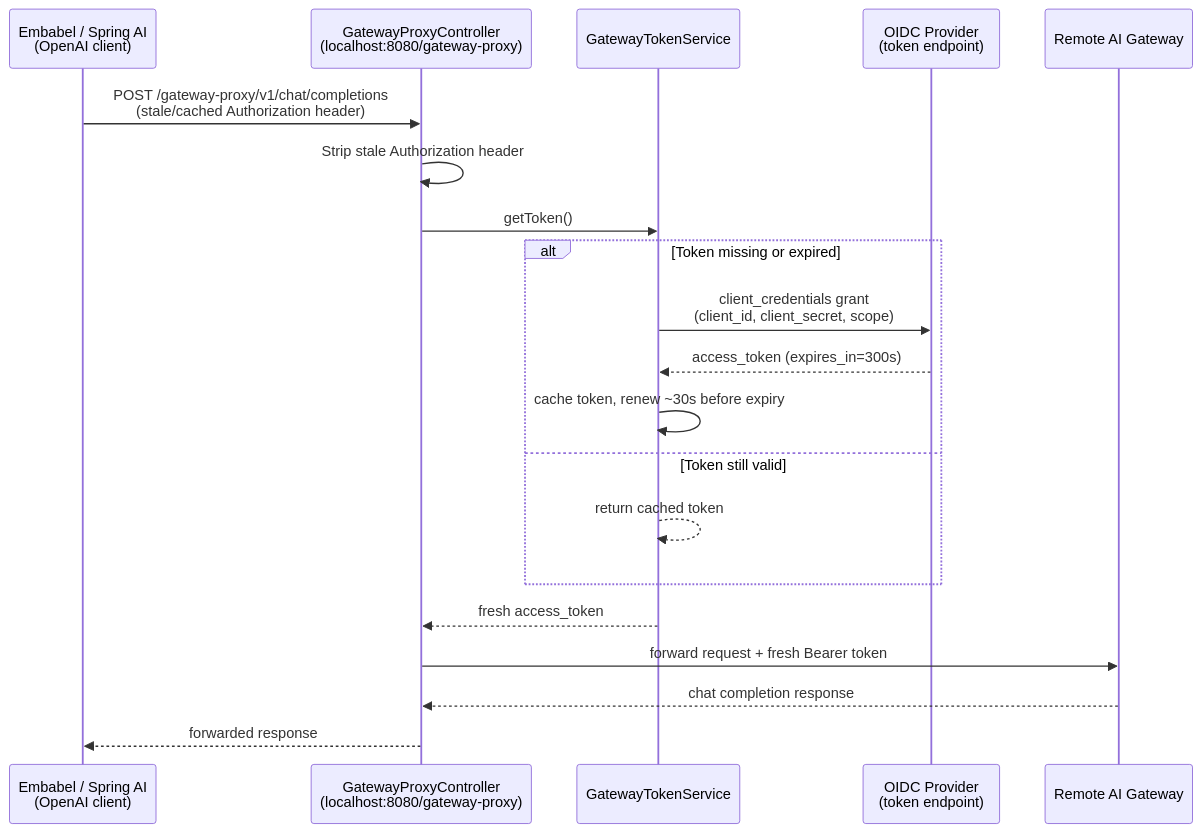
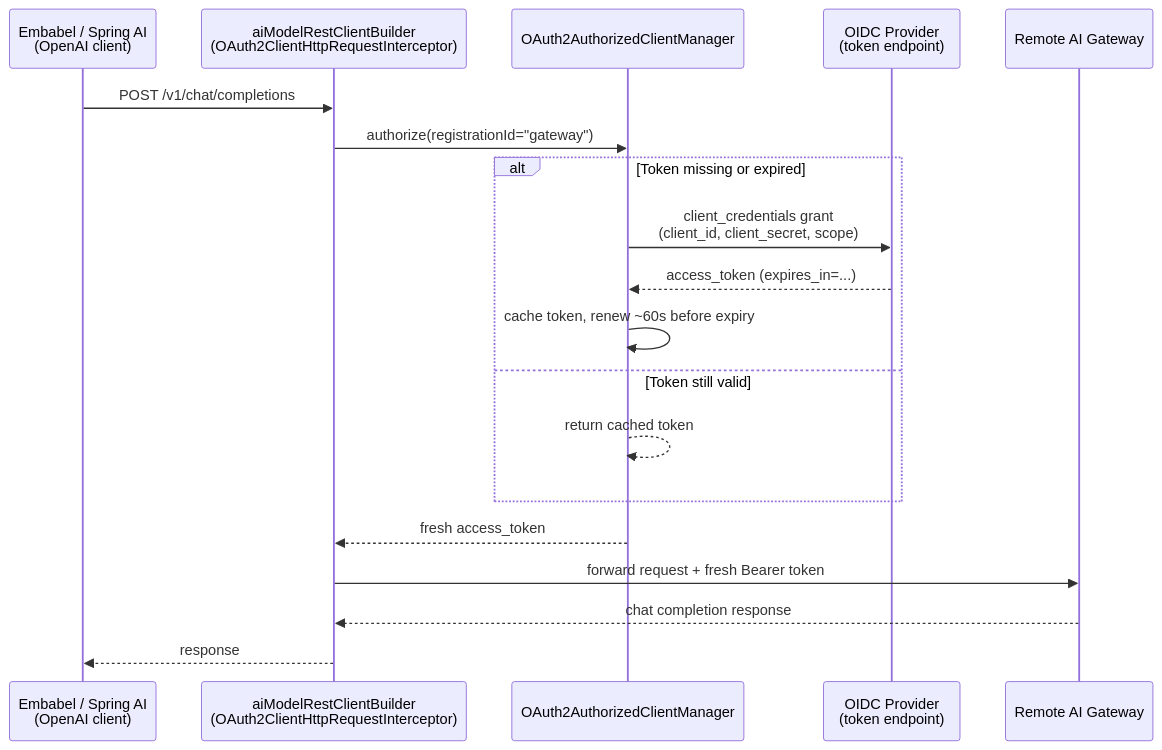
One commit to tillkuhn/travel-buddy changed the second of 2 diagrams in README.md. Above: the diagram before and after it, drawn with Mermaid. The commit also changed other lines of this file and 9 other files, not shown here.

First line of the commit message:
Replace local gateway proxy with Spring Security OAuth2 client

````diff
--- a/README.md
+++ b/README.md
@@ -275,23 +278,22 @@
 ```mermaid
 sequenceDiagram
     participant Embabel as Embabel / Spring AI<br/>(OpenAI client)
-    participant Proxy as GatewayProxyController<br/>(localhost:8080/gateway-proxy)
-    participant TokenSvc as GatewayTokenService
+    participant Builder as aiModelRestClientBuilder<br/>(OAuth2ClientHttpRequestInterceptor)
+    participant Manager as OAuth2AuthorizedClientManager
     participant OIDC as OIDC Provider<br/>(token endpoint)
     participant Gateway as Remote AI Gateway
 
-    Embabel->>Proxy: POST /gateway-proxy/v1/chat/completions<br/>(stale/cached Authorization header)
-    Proxy->>Proxy: Strip stale Authorization header
-    Proxy->>TokenSvc: getToken()
+    Embabel->>Builder: POST /v1/chat/completions
+    Builder->>Manager: authorize(registrationId="gateway")
     alt Token missing or expired
-        TokenSvc->>OIDC: client_credentials grant<br/>(client_id, client_secret, scope)
-        OIDC-->>TokenSvc: access_token (expires_in=300s)
-        TokenSvc->>TokenSvc: cache token, renew ~30s before expiry
+        Manager->>OIDC: client_credentials grant<br/>(client_id, client_secret, scope)
+        OIDC-->>Manager: access_token (expires_in=...)
+        Manager->>Manager: cache token, renew ~60s before expiry
     else Token still valid
-        TokenSvc-->>TokenSvc: return cached token
+        Manager-->>Manager: return cached token
     end
-    TokenSvc-->>Proxy: fresh access_token
-    Proxy->>Gateway: forward request + fresh Bearer token
-    Gateway-->>Proxy: chat completion response
-    Proxy-->>Embabel: forwarded response
+    Manager-->>Builder: fresh access_token
+    Builder->>Gateway: forward request + fresh Bearer token
+    Gateway-->>Builder: chat completion response
+    Builder-->>Embabel: response
 ```
````
